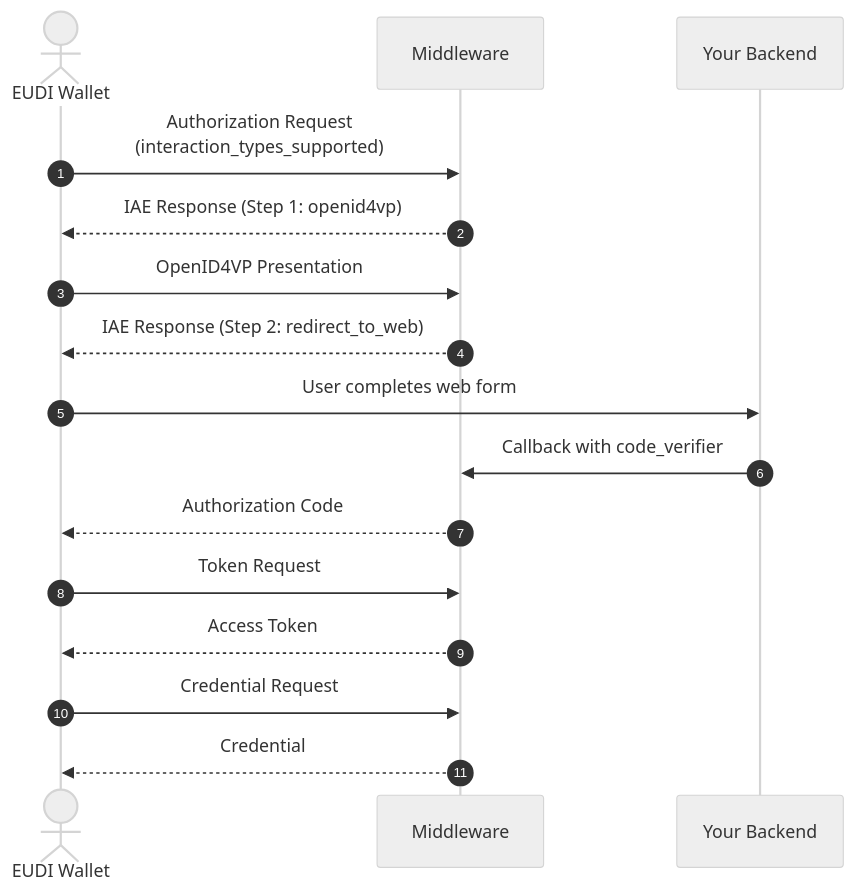
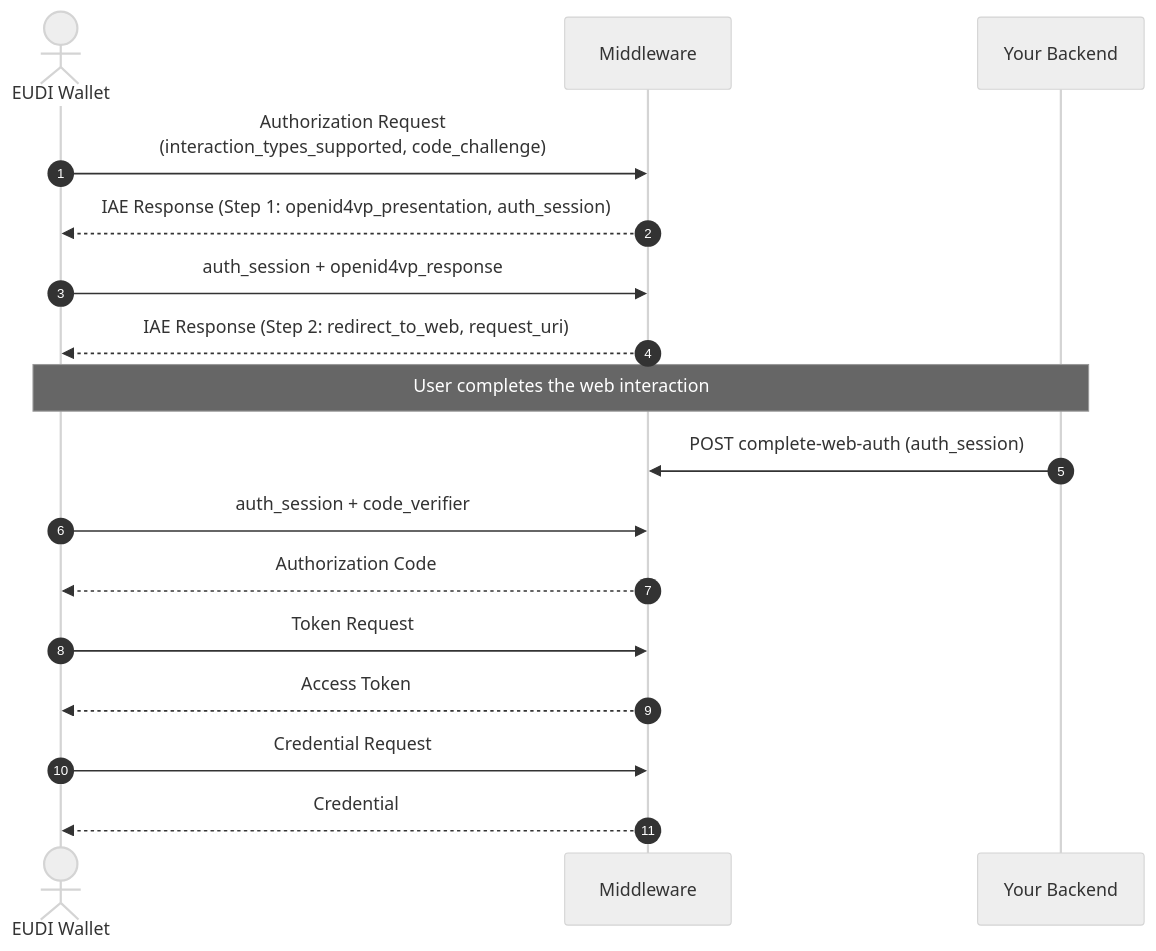
The diagram in apps/docs/docs/architecture/extension-points/iae.md (Cypher-CP0/eudiplo), drawn with Mermaid (neutral theme) before and after one commit. The commit also changed other lines of this file and 3 other files, not shown here.

First line of the commit message:
docs(architecture): correct extension point pages (#1094)

````diff
--- a/apps/docs/docs/architecture/extension-points/iae.md
+++ b/apps/docs/docs/architecture/extension-points/iae.md
@@ -19,23 +25,24 @@
 ```mermaid
 sequenceDiagram
     autonumber
     actor Wallet as EUDI Wallet
     participant EUDIPLO as Middleware
     participant Service as Your Backend
 
-    Wallet->>EUDIPLO: Authorization Request<br/>(interaction_types_supported)
-    EUDIPLO-->>Wallet: IAE Response (Step 1: openid4vp)
+    Wallet->>EUDIPLO: Authorization Request<br/>(interaction_types_supported, code_challenge)
+    EUDIPLO-->>Wallet: IAE Response (Step 1: openid4vp_presentation, auth_session)
 
-    Wallet->>EUDIPLO: OpenID4VP Presentation
-    EUDIPLO-->>Wallet: IAE Response (Step 2: redirect_to_web)
+    Wallet->>EUDIPLO: auth_session + openid4vp_response
+    EUDIPLO-->>Wallet: IAE Response (Step 2: redirect_to_web, request_uri)
 
-    Wallet->>Service: User completes web form
-    Service->>EUDIPLO: Callback with code_verifier
+    Note over Wallet,Service: User completes the web interaction
+    Service->>EUDIPLO: POST complete-web-auth (auth_session)
+    Wallet->>EUDIPLO: auth_session + code_verifier
     EUDIPLO-->>Wallet: Authorization Code
 
     Wallet->>EUDIPLO: Token Request
     EUDIPLO-->>Wallet: Access Token
 
     Wallet->>EUDIPLO: Credential Request
     EUDIPLO-->>Wallet: Credential
 ```
````
